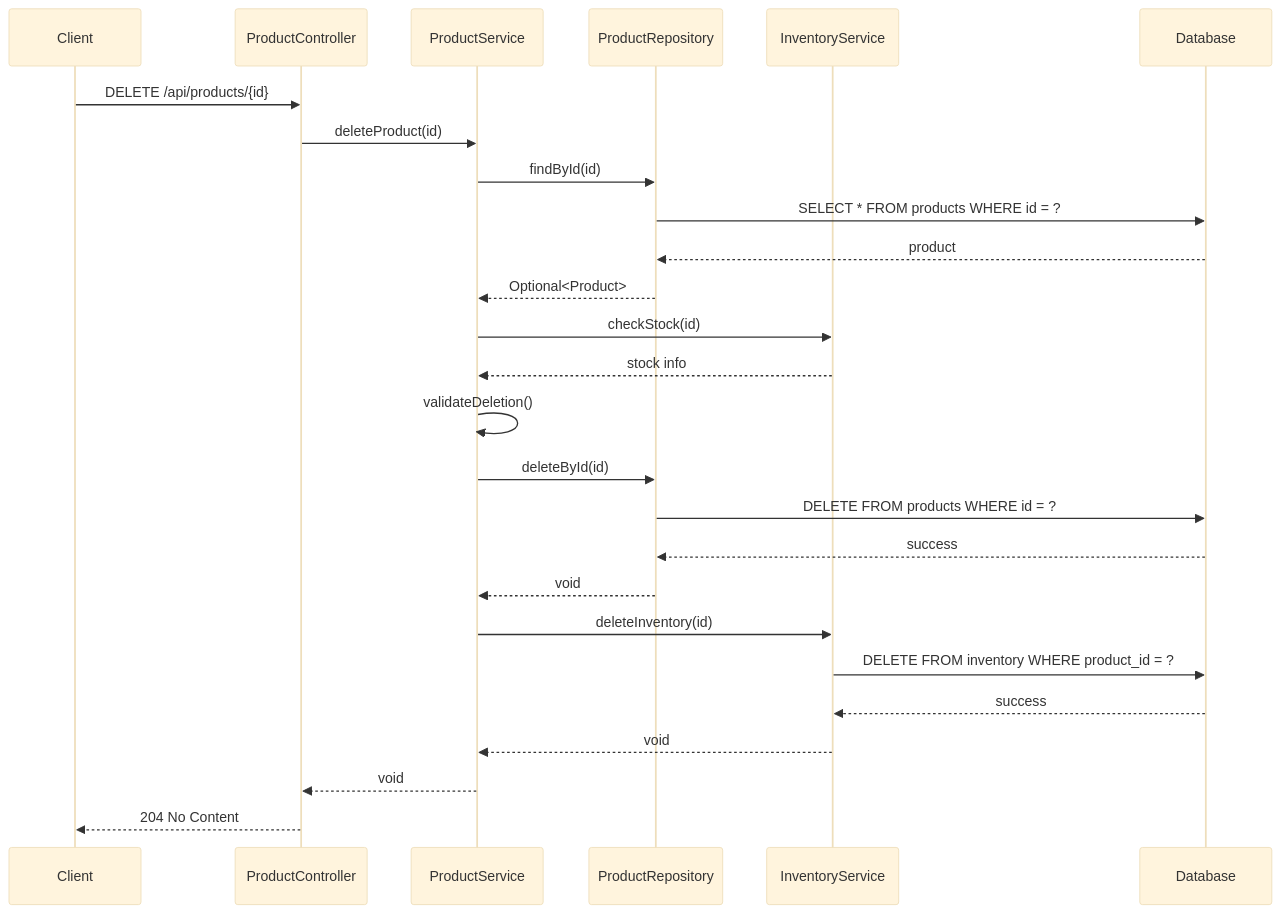
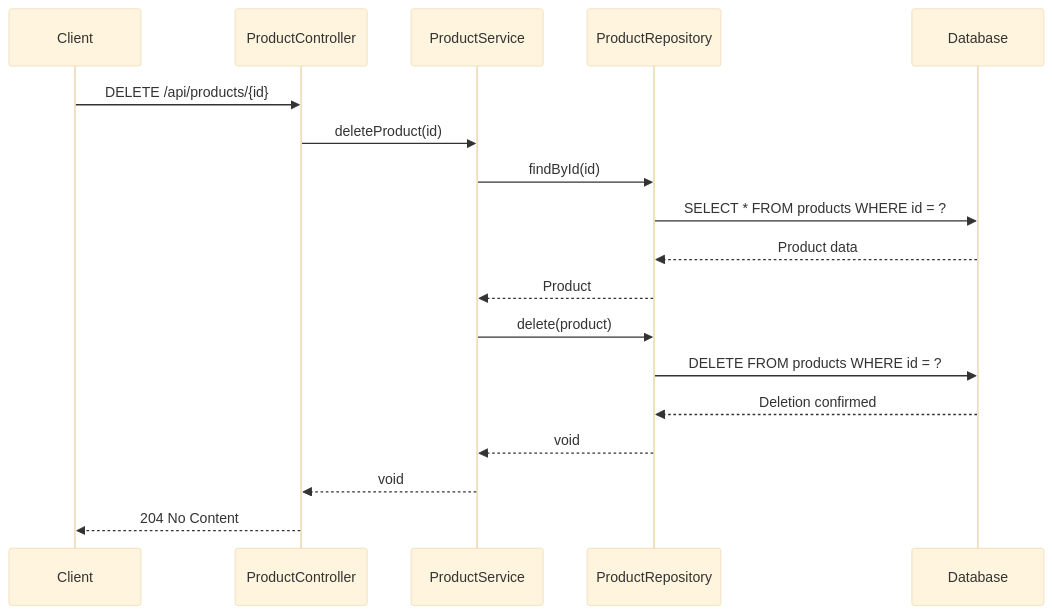
One commit to NavneetBN47/aava-ecom-demo changed the sixth of 13 diagrams in docs/LLD/modified_lld.md. Above: the diagram before and after it, drawn with Mermaid (base theme). The commit also changed other lines of this file, not shown here.

````diff
--- a/docs/LLD/modified_lld.md
+++ b/docs/LLD/modified_lld.md
@@ -393,29 +348,21 @@
 ```mermaid
 sequenceDiagram
     participant Client
     participant ProductController
     participant ProductService
     participant ProductRepository
-    participant InventoryService
     participant Database
 
     Client->>ProductController: DELETE /api/products/{id}
     ProductController->>ProductService: deleteProduct(id)
     ProductService->>ProductRepository: findById(id)
     ProductRepository->>Database: SELECT * FROM products WHERE id = ?
-    Database-->>ProductRepository: product
-    ProductRepository-->>ProductService: Optional<Product>
-    ProductService->>InventoryService: checkStock(id)
-    InventoryService-->>ProductService: stock info
-    ProductService->>ProductService: validateDeletion()
-    ProductService->>ProductRepository: deleteById(id)
+    Database-->>ProductRepository: Product data
+    ProductRepository-->>ProductService: Product
+    ProductService->>ProductRepository: delete(product)
     ProductRepository->>Database: DELETE FROM products WHERE id = ?
-    Database-->>ProductRepository: success
+    Database-->>ProductRepository: Deletion confirmed
     ProductRepository-->>ProductService: void
-    ProductService->>InventoryService: deleteInventory(id)
-    InventoryService->>Database: DELETE FROM inventory WHERE product_id = ?
-    Database-->>InventoryService: success
-    InventoryService-->>ProductService: void
     ProductService-->>ProductController: void
     ProductController-->>Client: 204 No Content
 ```
````
